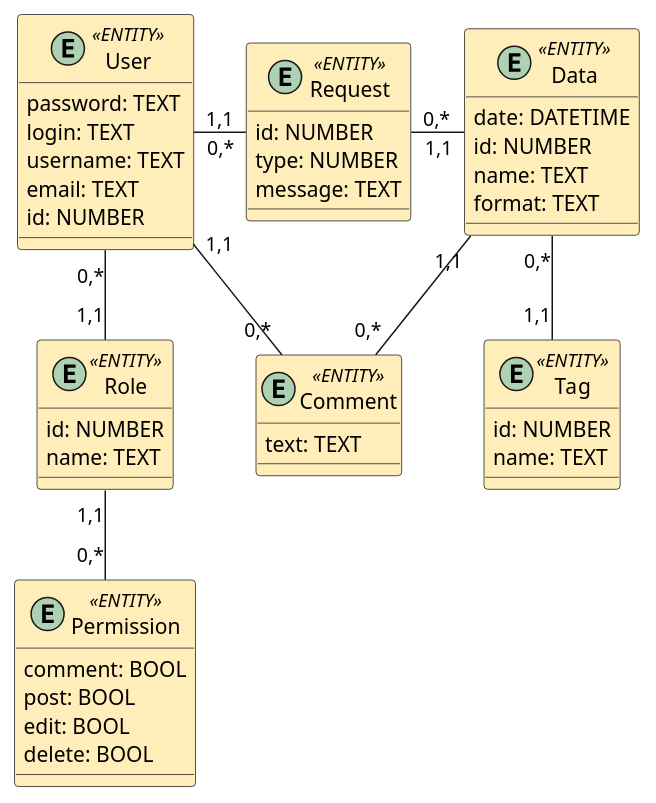
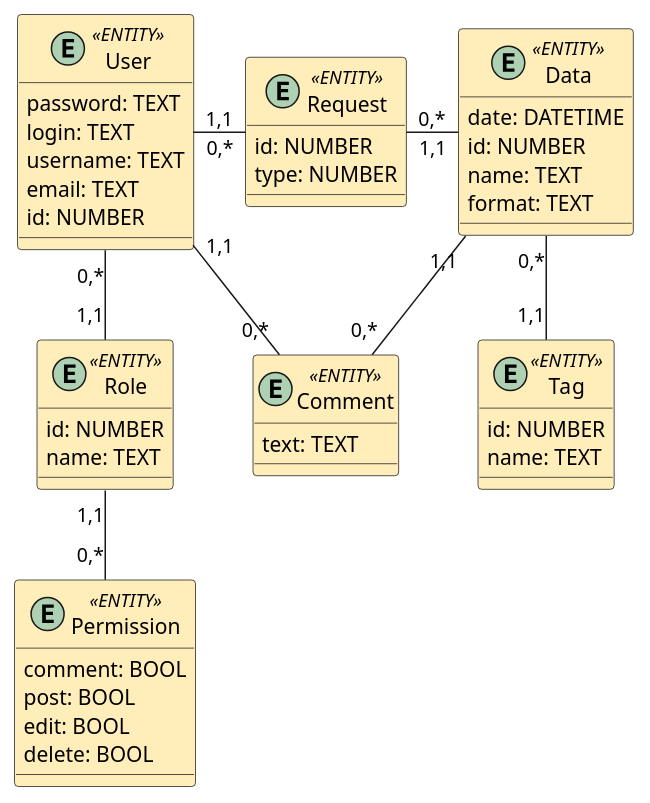
One commit to chernyshanna/IO23Theme2DBB changed the second of 2 diagrams in docs/design/README.md. Above: the diagram before and after it, drawn with PlantUML. The commit also changed other lines of this file and 3 other files, not shown here.

```diff
--- a/docs/design/README.md
+++ b/docs/design/README.md
@@ -104,54 +104,53 @@
 @startuml
 entity User <<ENTITY>> #ffedba {
   password: TEXT
   login: TEXT
   username: TEXT
   email: TEXT
   id: NUMBER
 }
 
 entity Data <<ENTITY>> #ffedba {
   date: DATETIME
   id: NUMBER
   name: TEXT
   format: TEXT
 }
 
 entity Role <<ENTITY>> #ffedba {
   id: NUMBER
   name: TEXT
 }
 
 entity Request <<ENTITY>> #ffedba {
   id: NUMBER
   type: NUMBER
-  message: TEXT
 }
 
 entity Permission <<ENTITY>> #ffedba {
   comment: BOOL
   post: BOOL
   edit: BOOL
   delete: BOOL
 }
 
 entity Comment <<ENTITY>> #ffedba {
   text: TEXT
 }
 
 entity Tag <<ENTITY>> #ffedba {
   id: NUMBER
   name: TEXT
 }
 
 User "1,1" -r- "0,*" Request
 User "1,1" -- "0,*" Comment
 User "0,*" -- "1,1" Role
 
 Role "1,1" -- "0,*" Permission
 
 Data "1,1" -- "0,*" Comment
 Data "1,1" -l- "0,*" Request
 Data "0,*" -- "1,1" Tag
 
 @enduml
```
